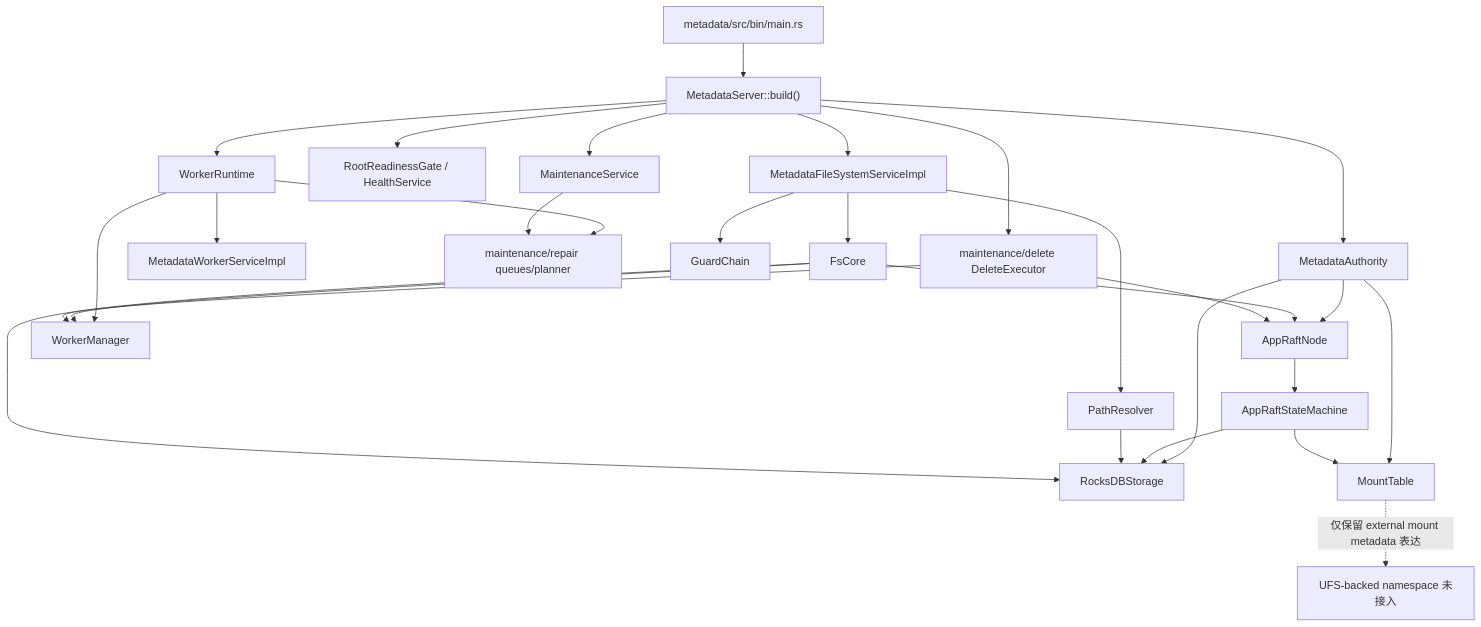
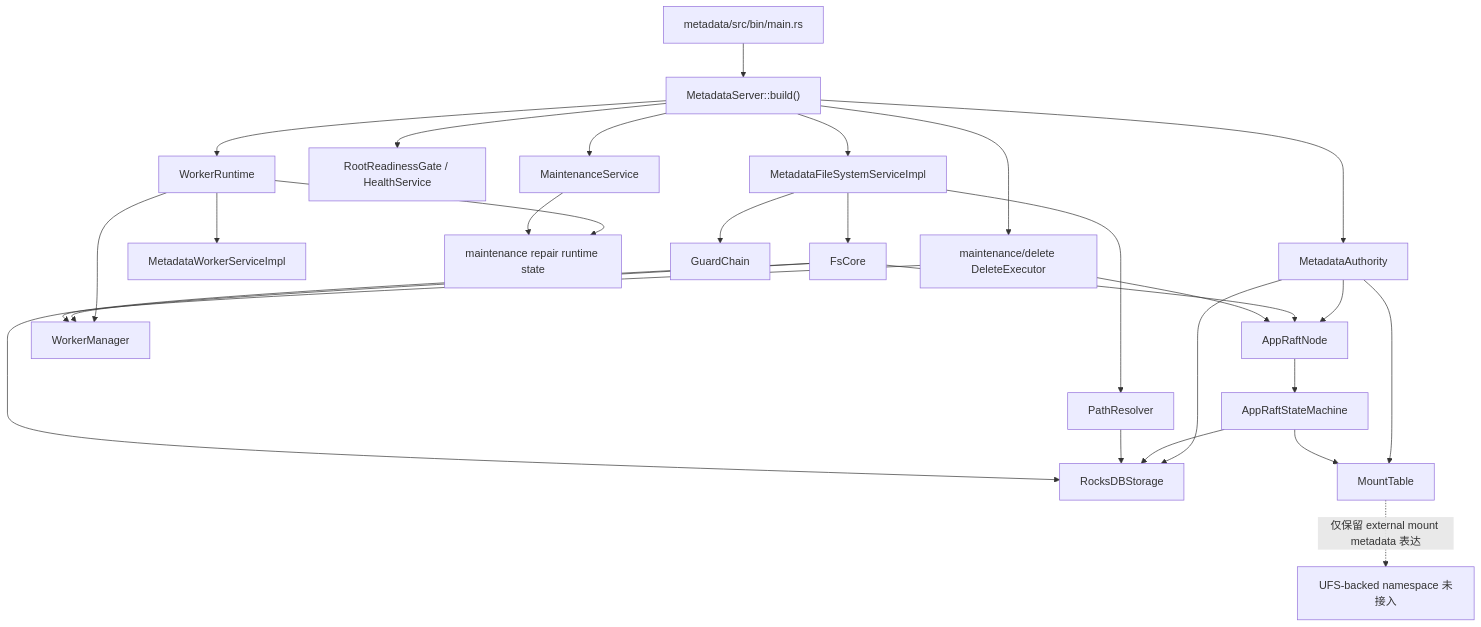
The diagram in metadata/README_ZH.md (zouhuajian/beryl), drawn with Mermaid before and after one commit. The commit also changed other lines of this file and 2 other files, not shown here.

Commit message:
metadata: align maintenance ownership docs and runtime naming

````diff
--- a/metadata/README_ZH.md
+++ b/metadata/README_ZH.md
@@ -30,34 +30,34 @@
 ```mermaid
 flowchart TB
     Main["metadata/src/bin/main.rs"] --> Runtime["MetadataServer::build()"]
     Runtime --> Authority["MetadataAuthority"]
     Authority --> Storage["RocksDBStorage"]
     Authority --> Mount["MountTable"]
     Authority --> Raft["AppRaftNode"]
     Raft --> SM["AppRaftStateMachine"]
     SM --> Storage
     SM --> Mount
 
     Runtime --> WorkerRt["WorkerRuntime"]
     WorkerRt --> WorkerSvc["MetadataWorkerServiceImpl"]
     WorkerRt --> WorkerMgr["WorkerManager"]
-    WorkerRt --> Repair["maintenance/repair queues/planner"]
+    WorkerRt --> Repair["maintenance repair runtime state"]
 
     Runtime --> Ready["RootReadinessGate / HealthService"]
     Runtime --> FS["MetadataFileSystemServiceImpl"]
     FS --> Guard["GuardChain"]
     FS --> Resolver["PathResolver"]
     FS --> Core["FsCore"]
     Resolver --> Storage
     Core --> Raft
     Core --> Storage
     Core --> WorkerMgr
 
     Runtime --> Maint["MaintenanceService"]
     Runtime --> DeleteExec["maintenance/delete DeleteExecutor"]
     Maint --> Repair
     DeleteExec --> WorkerMgr
     DeleteExec --> Raft
 
     Mount -. "仅保留 external mount metadata 表达" .-> UFS["UFS-backed namespace 未接入"]
 ```
````
